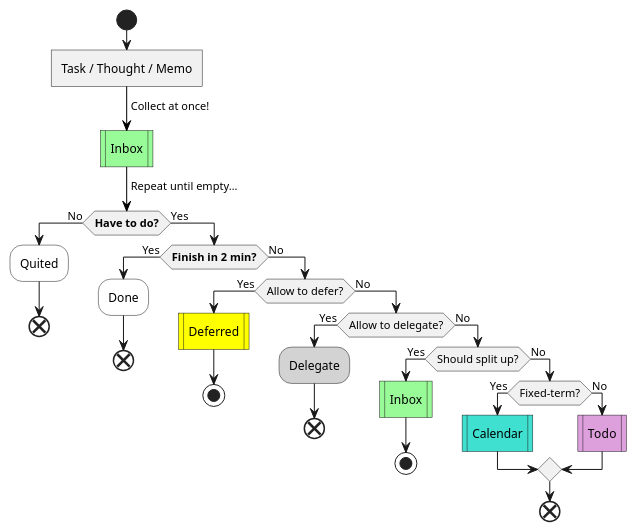
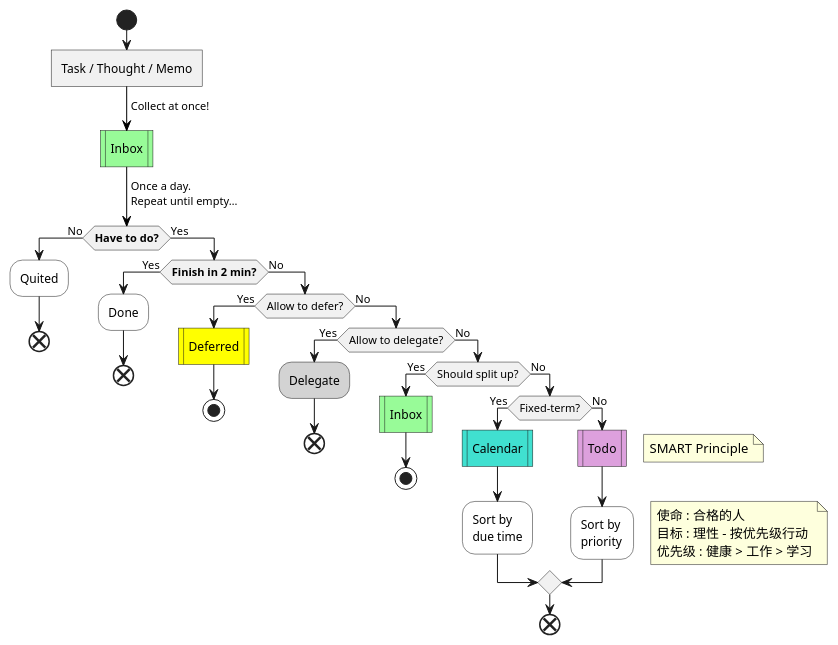
The sixth of 12 diagrams in snips/principles/gtd.md (IceHe/icehe-lib), drawn with PlantUML before and after one commit. The commit also changed other lines of this file, not shown here.

````diff
--- a/snips/principles/gtd.md
+++ b/snips/principles/gtd.md
@@ -195,40 +202,47 @@
 ```plantuml
 @startuml
 start
 :Task / Thought / Memo]
 -[#black]-> Collect at once!;
 #paleGreen:Inbox|
--[#black]-> Repeat until empty…;
+-[#black]-> Once a day.\nRepeat until empty…;
 if (**Have to do?**) then (No)
     #white:Quited;
     end
 else (Yes)
     if (**Finish in 2 min?**) then (Yes)
         #white:Done;
         end
     else (No)
         if (Allow to defer?) then (Yes)
+            '#white:Deferred;
             #yellow:Deferred|
             stop
         else (No)
             if (Allow to delegate?) then (Yes)
                 #lightGray:Delegate;
                 end
             else (No)
                 if (Should split up?) then (Yes)
                     #paleGreen:Inbox|
+                    'note right : SMART 法则
                     stop
                 else (No)
                     if (Fixed-term?) then (Yes)
+                        '#white:Due Dated;
                         #turquoise:Calendar|
+                        #white:Sort by \ndue time;
                     else (No)
                         #plum:Todo|
+                        floating note right : SMART Principle
+                        #white:Sort by \npriority;
+                        floating note right : 使命 : 合格的人 \n目标 : 理性 - 按优先级行动 \n优先级 : 健康 > 工作 > 学习
                     endif
                     end
                 endif
             endif
         endif
     endif
 endif
 @enduml
 ```
````
